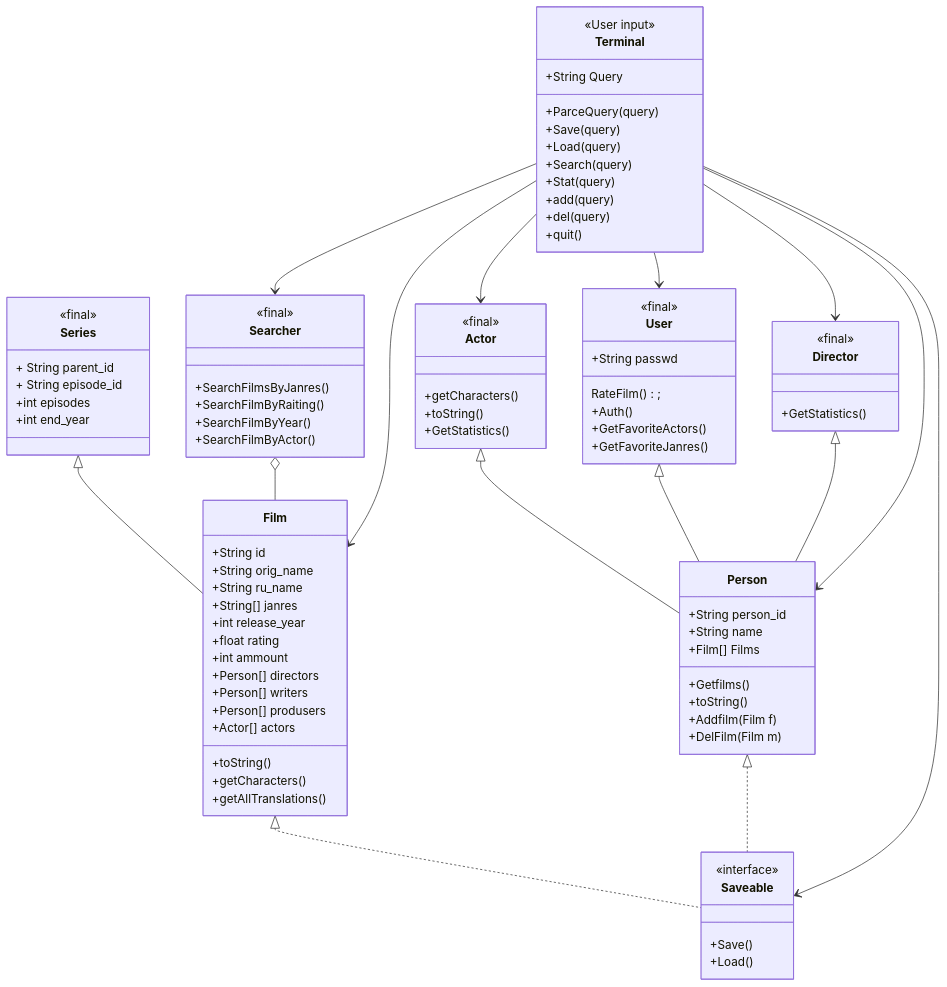
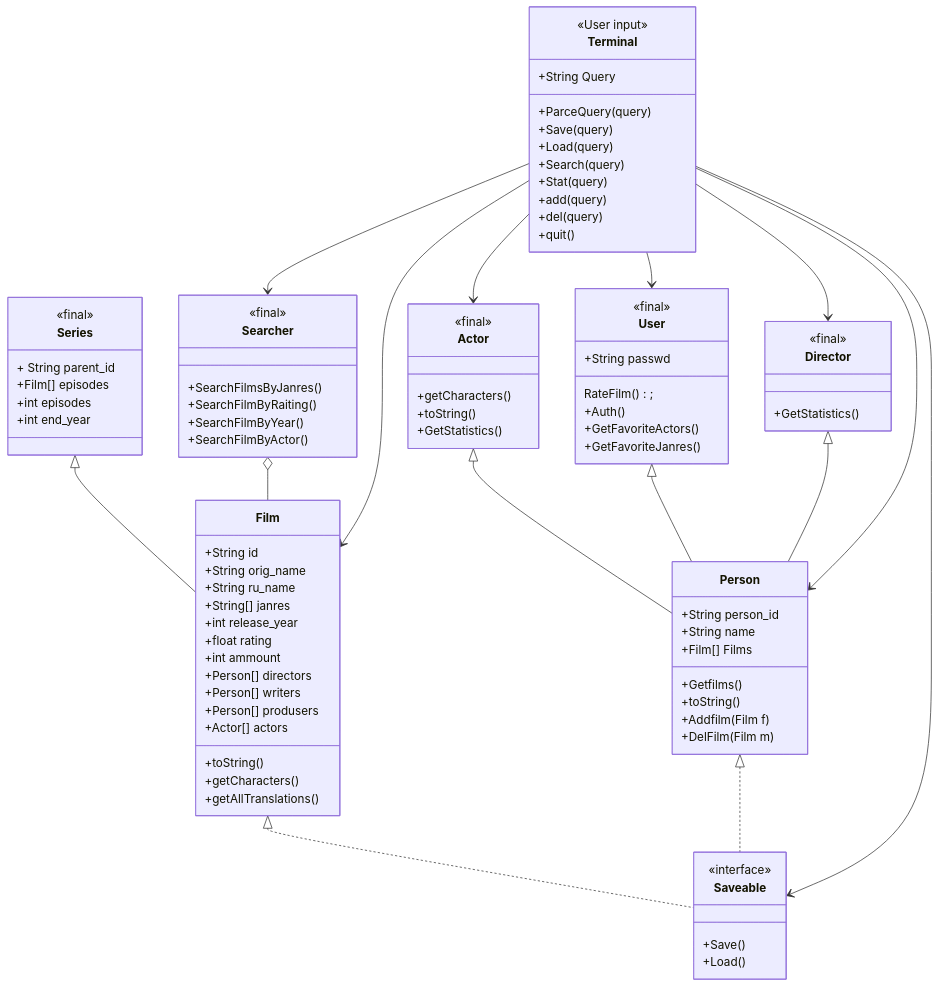
The diagram in Java_OOP/Monastyrskiy/Java_project/docs/structure.md (mmonastyrskiy/Programming_3_sem), drawn with Mermaid before and after one commit.

```diff
--- a/Java_OOP/Monastyrskiy/Java_project/docs/structure.md
+++ b/Java_OOP/Monastyrskiy/Java_project/docs/structure.md
@@ -48,7 +48,7 @@
     class Series {
     <<final>>
     + String parent_id
-    + String episode_id
+    +Film[] episodes
     +int episodes
     +int end_year
     
```
